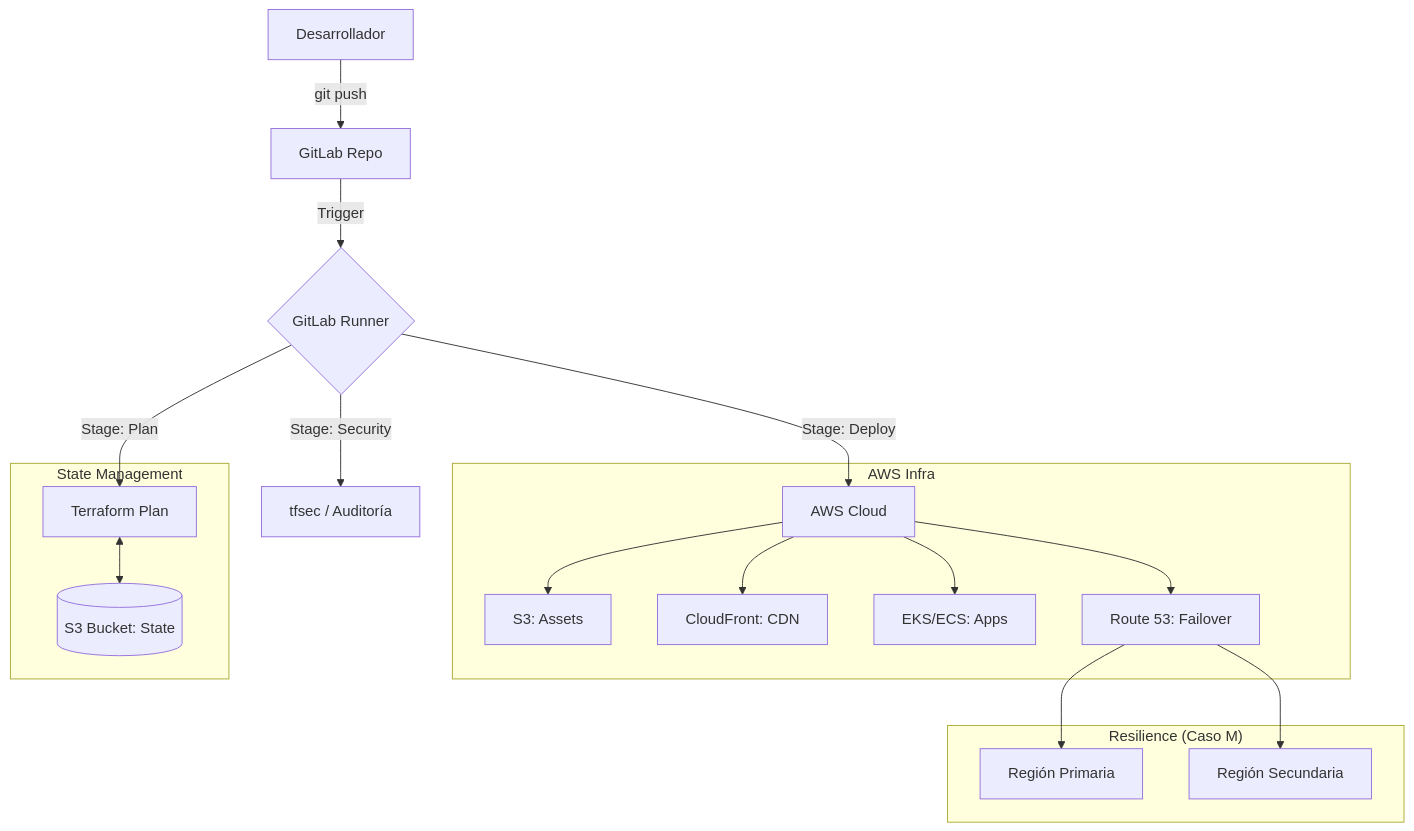
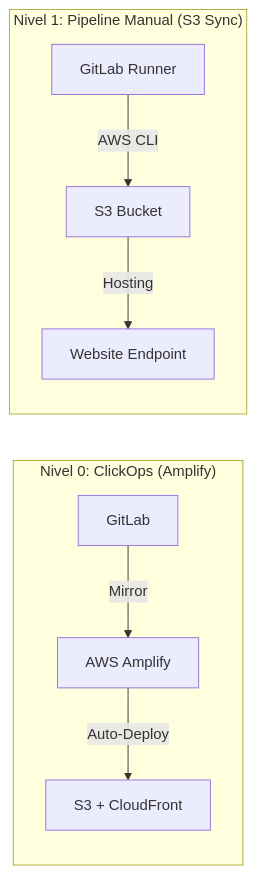
The first of 4 diagrams in docs/ARCHITECTURE.md (vladimiracunadev-create/proyectos-aws), drawn with Mermaid before and after one commit. The commit also changed other lines of this file and 1 other file, not shown here.

````diff
--- a/docs/ARCHITECTURE.md
+++ b/docs/ARCHITECTURE.md
@@ -11,24 +26,12 @@
 ```mermaid
-graph TD
-    A[Desarrollador] -->|git push| B[GitLab Repo]
-    B -->|Trigger| C{GitLab Runner}
-    C -->|Stage: Security| D[tfsec / Auditoría]
-    C -->|Stage: Plan| E[Terraform Plan]
-    C -->|Stage: Deploy| F[AWS Cloud]
-    
-    subgraph "AWS Infra"
-    F --> G[S3: Assets]
-    F --> H[CloudFront: CDN]
-    F --> I[EKS/ECS: Apps]
-    F --> K[Route 53: Failover]
+graph LR
+    subgraph "Nivel 0: ClickOps (Amplify)"
+        A1[GitLab] -->|Mirror| A2[AWS Amplify]
+        A2 -->|Auto-Deploy| A3[S3 + CloudFront]
     end
-    
-    subgraph "Resilience (Caso M)"
-    K --> L[Región Primaria]
-    K --> M[Región Secundaria]
-    end
-    
-    subgraph "State Management"
-    E <--> J[(S3 Bucket: State)]
+
+    subgraph "Nivel 1: Pipeline Manual (S3 Sync)"
+        B1[GitLab Runner] -->|AWS CLI| B2[S3 Bucket]
+        B2 -->|Hosting| B3[Website Endpoint]
     end
 ```
````
